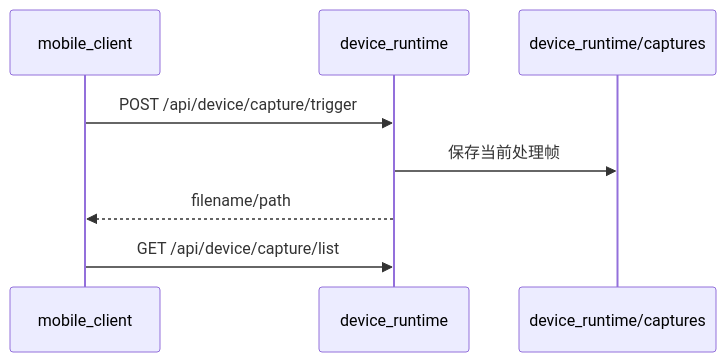
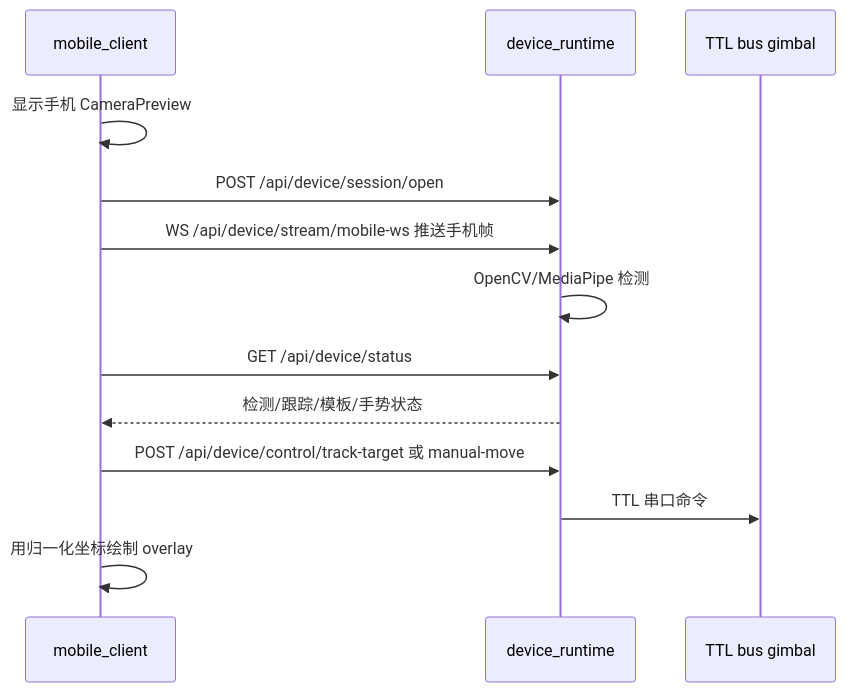
Before and after one commit to LiPeiCong60/Camera-Assistant-System: the third of 5 diagrams in docs/统一采集存储与协同流程.md, drawn with Mermaid. The commit also changed other lines of this file and 41 other files, not shown here.

Commit message:
docs: align documentation with current architecture

````diff
--- a/docs/统一采集存储与协同流程.md
+++ b/docs/统一采集存储与协同流程.md
@@ -37,11 +73,16 @@
 ```mermaid
 sequenceDiagram
   participant App as mobile_client
   participant Runtime as device_runtime
-  participant Disk as device_runtime/captures
+  participant Gimbal as TTL bus gimbal
 
-  App->>Runtime: POST /api/device/capture/trigger
-  Runtime->>Disk: 保存当前处理帧
-  Runtime-->>App: filename/path
-  App->>Runtime: GET /api/device/capture/list
+  App->>App: 显示手机 CameraPreview
+  App->>Runtime: POST /api/device/session/open
+  App->>Runtime: WS /api/device/stream/mobile-ws 推送手机帧
+  Runtime->>Runtime: OpenCV/MediaPipe 检测
+  App->>Runtime: GET /api/device/status
+  Runtime-->>App: 检测/跟踪/模板/手势状态
+  App->>Runtime: POST /api/device/control/track-target 或 manual-move
+  Runtime->>Gimbal: TTL 串口命令
+  App->>App: 用归一化坐标绘制 overlay
 ```
````
